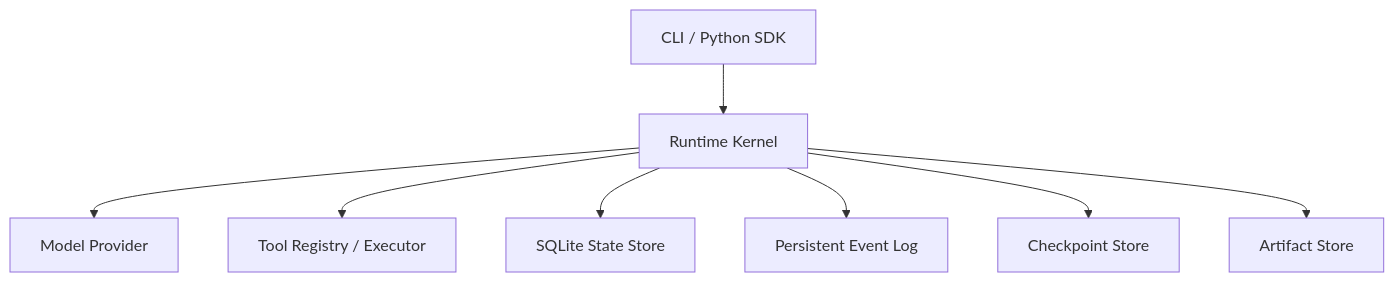
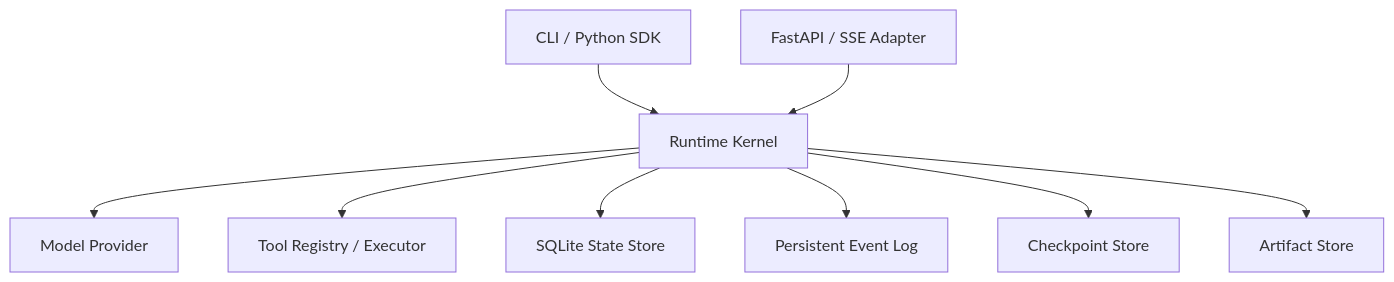
One commit to fantoagi/agent-runtime changed the first of 2 diagrams in docs/ARCHITECTURE.md. Above: the diagram before and after it, drawn with Mermaid. The commit also changed other lines of this file and 8 other files, not shown here.

Commit message:
feat: add FastAPI run API and SSE events v0.3

````diff
--- a/docs/ARCHITECTURE.md
+++ b/docs/ARCHITECTURE.md
@@ -15,19 +15,21 @@
 ```mermaid
 flowchart TD
     CLI["CLI / Python SDK"]
+    API["FastAPI / SSE Adapter"]
     Runtime["Runtime Kernel"]
     Model["Model Provider"]
     Tools["Tool Registry / Executor"]
     State["SQLite State Store"]
     Events["Persistent Event Log"]
     Checkpoints["Checkpoint Store"]
     Artifacts["Artifact Store"]
 
     CLI --> Runtime
+    API --> Runtime
     Runtime --> Model
     Runtime --> Tools
     Runtime --> State
     Runtime --> Events
     Runtime --> Checkpoints
     Runtime --> Artifacts
 ```
````
